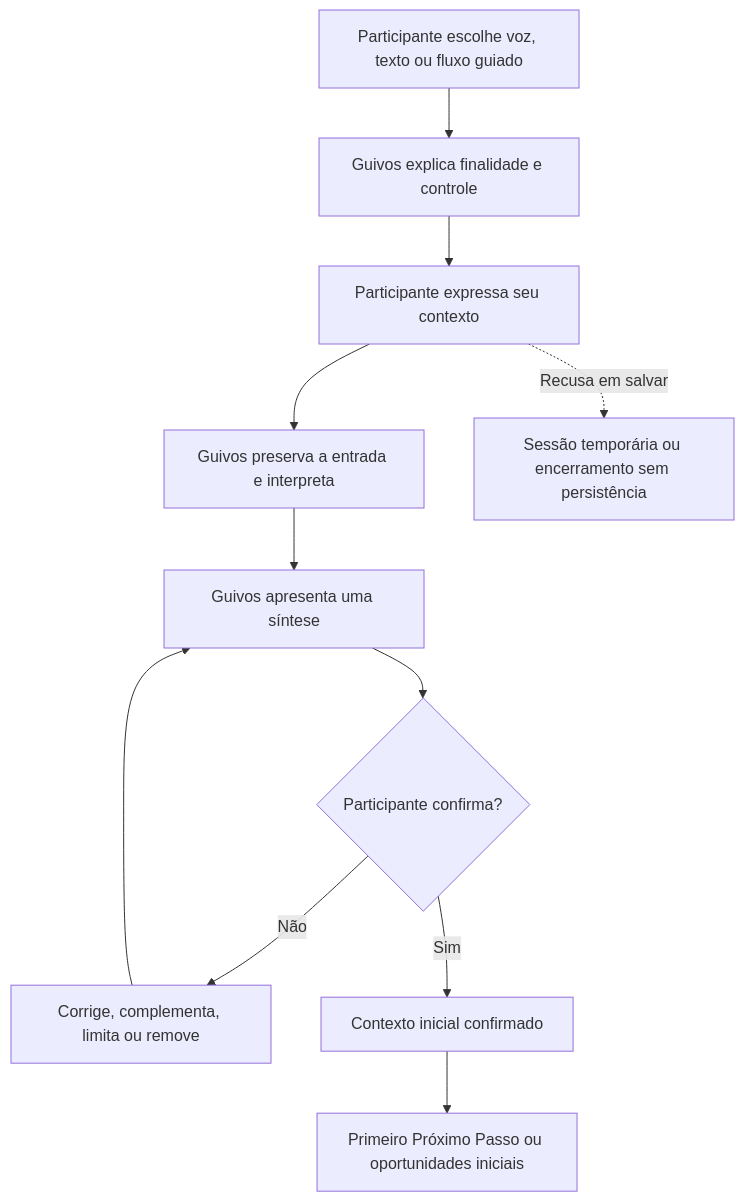
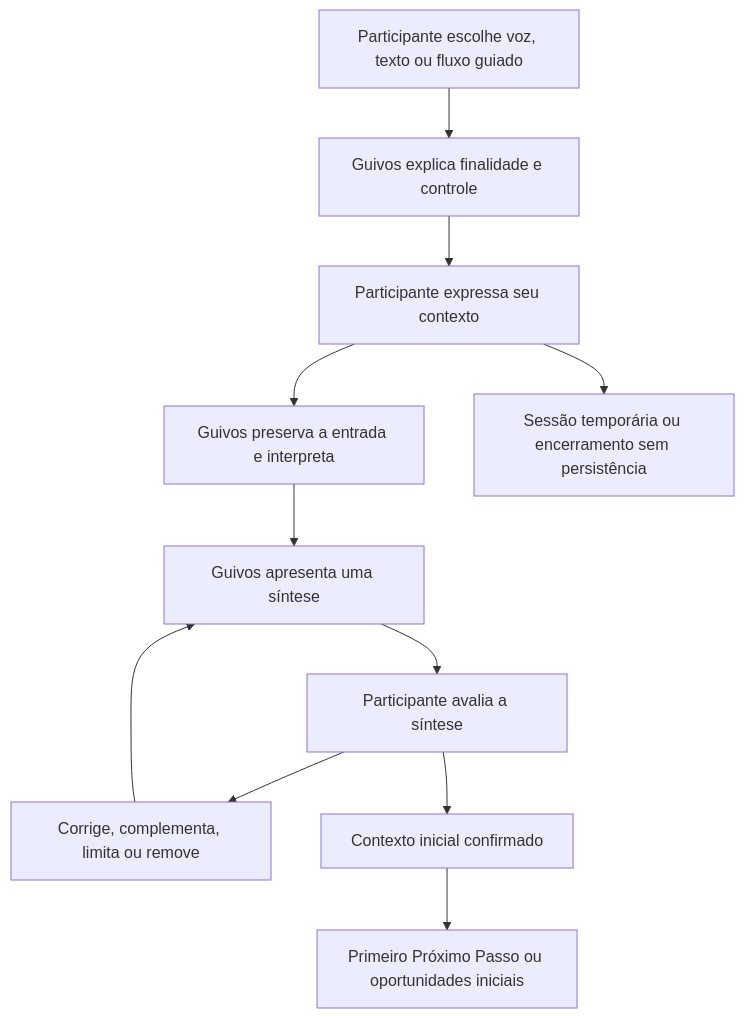
Before and after one commit to guivos-repositorio/Guivos-Knowledge-Repository: the fifth of 9 diagrams in docs/product-architecture/pas-001-guivos-journey.md, drawn with Mermaid. The commit also changed other lines of this file, not shown here.

Commit message:
fix: harden PAS Mermaid diagrams for cross-renderer compatibility

````diff
--- a/docs/product-architecture/pas-001-guivos-journey.md
+++ b/docs/product-architecture/pas-001-guivos-journey.md
@@ -299,18 +327,24 @@
 ```mermaid
 flowchart TD
-    A[Participante escolhe voz, texto ou fluxo guiado]
-    B[Guivos explica finalidade e controle]
-    C[Participante expressa seu contexto]
-    D[Guivos preserva a entrada e interpreta]
-    E[Guivos apresenta uma síntese]
-    F{Participante confirma?}
-    G[Corrige, complementa, limita ou remove]
-    H[Contexto inicial confirmado]
-    I[Primeiro Próximo Passo ou oportunidades iniciais]
-    J[Sessão temporária ou encerramento sem persistência]
+    A["Participante escolhe voz, texto ou fluxo guiado"]
+    B["Guivos explica finalidade e controle"]
+    C["Participante expressa seu contexto"]
+    D["Guivos preserva a entrada e interpreta"]
+    E["Guivos apresenta uma síntese"]
+    F["Participante avalia a síntese"]
+    G["Corrige, complementa, limita ou remove"]
+    H["Contexto inicial confirmado"]
+    I["Primeiro Próximo Passo ou oportunidades iniciais"]
+    J["Sessão temporária ou encerramento sem persistência"]
 
-    A --> B --> C --> D --> E --> F
-    F -- Não --> G --> E
-    F -- Sim --> H --> I
-    C -. Recusa em salvar .-> J
+    A --> B
+    B --> C
+    C --> D
+    D --> E
+    E --> F
+    F --> G
+    G --> E
+    F --> H
+    H --> I
+    C --> J
 ```
````
